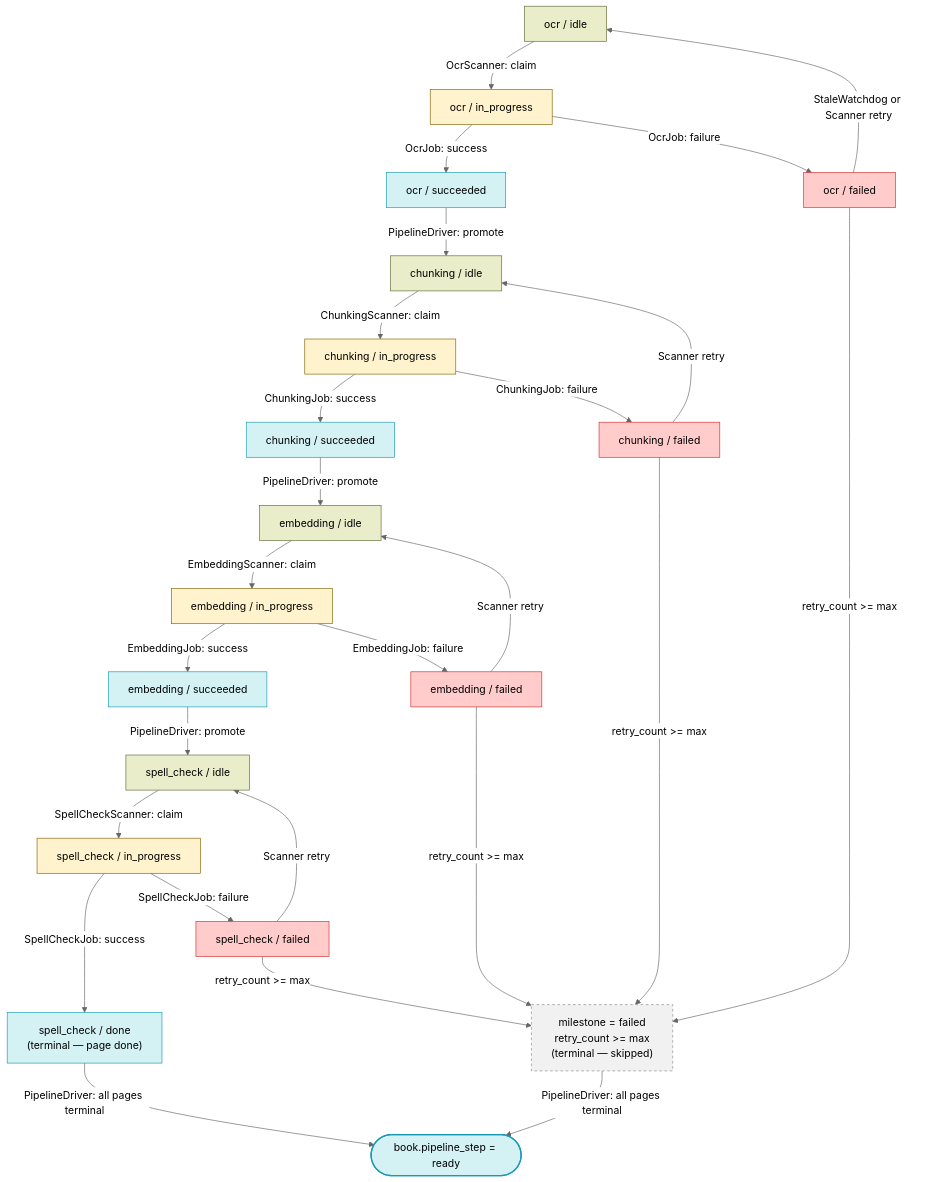
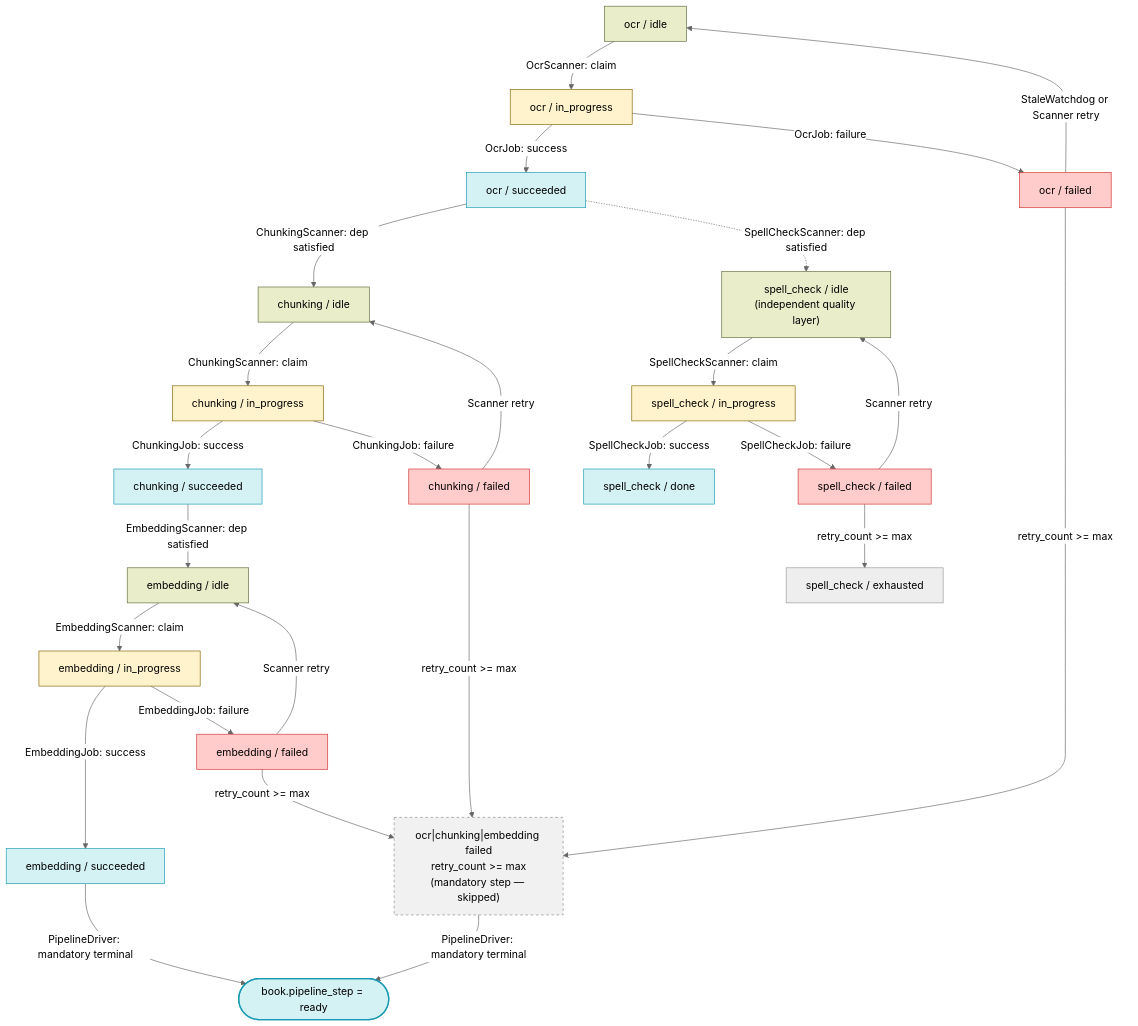
One commit to Kitabim-AI/kitabim-ai changed the diagram in docs/main/WORKER_DESIGN.md. Above: the diagram before and after it, drawn with Mermaid (neutral theme). The commit also changed other lines of this file and 9 other files, not shown here.

````diff
--- a/docs/main/WORKER_DESIGN.md
+++ b/docs/main/WORKER_DESIGN.md
@@ -259,65 +279,63 @@
 ```mermaid
 flowchart TD
     OCR_IDLE["ocr / idle"]
     OCR_IP["ocr / in_progress"]
     OCR_OK["ocr / succeeded"]
     OCR_FAIL["ocr / failed"]
     CHUNK_IDLE["chunking / idle"]
     CHUNK_IP["chunking / in_progress"]
     CHUNK_OK["chunking / succeeded"]
     CHUNK_FAIL["chunking / failed"]
     EMB_IDLE["embedding / idle"]
     EMB_IP["embedding / in_progress"]
     EMB_OK["embedding / succeeded"]
     EMB_FAIL["embedding / failed"]
-    SPELL_IDLE["spell_check / idle"]
+    SPELL_IDLE["spell_check / idle\n(independent quality layer)"]
     SPELL_IP["spell_check / in_progress"]
-    SPELL_OK["spell_check / done\n(terminal — page done)"]
+    SPELL_OK["spell_check / done"]
     SPELL_FAIL["spell_check / failed"]
-    TERMINAL["milestone = failed\nretry_count >= max\n(terminal — skipped)"]
+    TERMINAL["ocr|chunking|embedding failed\nretry_count >= max\n(mandatory step — skipped)"]
 
     OCR_IDLE -->|OcrScanner: claim| OCR_IP
     OCR_IP -->|OcrJob: success| OCR_OK
     OCR_IP -->|OcrJob: failure| OCR_FAIL
     OCR_FAIL -->|StaleWatchdog or Scanner retry| OCR_IDLE
     OCR_FAIL -->|retry_count >= max| TERMINAL
-    OCR_OK -->|PipelineDriver: promote| CHUNK_IDLE
+    OCR_OK -->|ChunkingScanner: dep satisfied| CHUNK_IDLE
+    OCR_OK -.->|SpellCheckScanner: dep satisfied| SPELL_IDLE
 
     CHUNK_IDLE -->|ChunkingScanner: claim| CHUNK_IP
     CHUNK_IP -->|ChunkingJob: success| CHUNK_OK
     CHUNK_IP -->|ChunkingJob: failure| CHUNK_FAIL
     CHUNK_FAIL -->|Scanner retry| CHUNK_IDLE
     CHUNK_FAIL -->|retry_count >= max| TERMINAL
-    CHUNK_OK -->|PipelineDriver: promote| EMB_IDLE
+    CHUNK_OK -->|EmbeddingScanner: dep satisfied| EMB_IDLE
 
     EMB_IDLE -->|EmbeddingScanner: claim| EMB_IP
     EMB_IP -->|EmbeddingJob: success| EMB_OK
     EMB_IP -->|EmbeddingJob: failure| EMB_FAIL
     EMB_FAIL -->|Scanner retry| EMB_IDLE
     EMB_FAIL -->|retry_count >= max| TERMINAL
-    EMB_OK -->|PipelineDriver: promote| SPELL_IDLE
-
+    EMB_OK -->|PipelineDriver: mandatory terminal| BookReady([book.pipeline_step = ready])
+    TERMINAL -->|PipelineDriver: mandatory terminal| BookReady
 
     SPELL_IDLE -->|SpellCheckScanner: claim| SPELL_IP
     SPELL_IP -->|SpellCheckJob: success| SPELL_OK
     SPELL_IP -->|SpellCheckJob: failure| SPELL_FAIL
     SPELL_FAIL -->|Scanner retry| SPELL_IDLE
-    SPELL_FAIL -->|retry_count >= max| TERMINAL
-
-    SPELL_OK -->|PipelineDriver: all pages terminal| BookReady([book.pipeline_step = ready])
-    TERMINAL -->|PipelineDriver: all pages terminal| BookReady
+    SPELL_FAIL -->|retry_count >= max| SPELL_TERMINAL[spell_check / exhausted]
 
     classDef idle fill:#e9edc9,stroke:#606c38
     classDef active fill:#fff3cd,stroke:#856404
     classDef done fill:#d4f1f4,stroke:#189ab4
     classDef fail fill:#ffcccb,stroke:#d32f2f
     classDef terminal fill:#f1f1f1,stroke:#888,stroke-dasharray:4 4
     classDef book fill:#d4f1f4,stroke:#189ab4,stroke-width:2px
 
     class OCR_IDLE,CHUNK_IDLE,EMB_IDLE,SPELL_IDLE idle
     class OCR_IP,CHUNK_IP,EMB_IP,SPELL_IP active
     class OCR_OK,CHUNK_OK,EMB_OK,SPELL_OK done
     class OCR_FAIL,CHUNK_FAIL,EMB_FAIL,SPELL_FAIL fail
     class TERMINAL terminal
     class BookReady book
 ```
````
